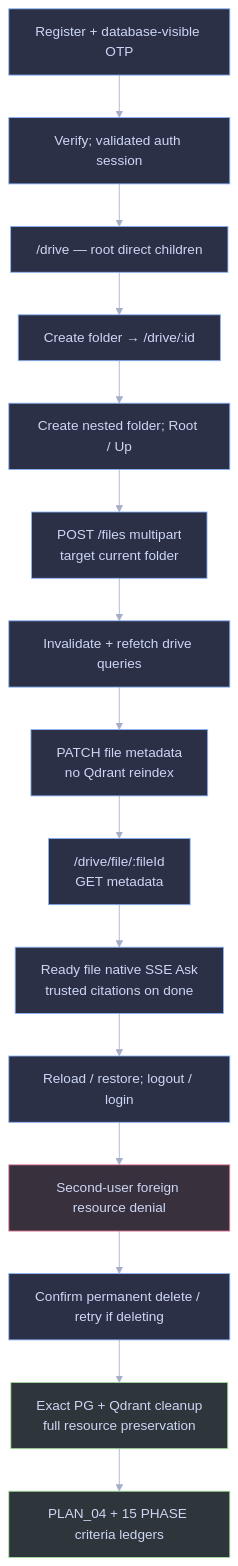
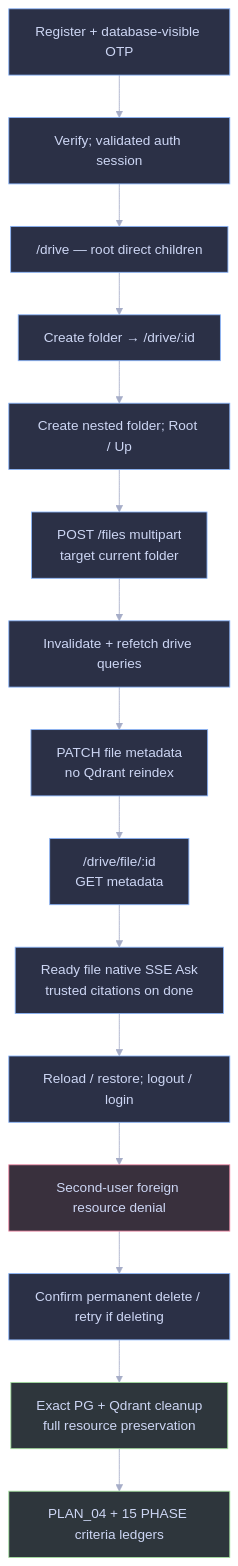
One commit to RyxnDmello/atlas changed the fifth of 5 diagrams in prompts/PHASE_02/PLAN_04/PHASE_02_PLAN_04.md. Above: the diagram before and after it, drawn with Mermaid. The commit also changed other lines of this file and 35 other files, not shown here.

````diff
--- a/prompts/PHASE_02/PLAN_04/PHASE_02_PLAN_04.md
+++ b/prompts/PHASE_02/PLAN_04/PHASE_02_PLAN_04.md
@@ -655,28 +666,28 @@
 ```mermaid
 %%{init: {'theme': 'base', 'themeVariables': {'background': '#1e1e2e', 'primaryColor': '#45475a', 'primaryTextColor': '#cdd6f4', 'primaryBorderColor': '#89b4fa', 'lineColor': '#a6adc8', 'secondaryColor': '#313244', 'tertiaryColor': '#181825', 'fontFamily': 'Inter, sans-serif'}}}%%
 flowchart TD
     Register["Register + database-visible OTP"] --> Verify["Verify; validated auth session"]
     Verify --> Drive["/drive — root direct children"]
     Drive --> Folder["Create folder → /drive/:id"]
     Folder --> Nested["Create nested folder; Root / Up"]
     Nested --> Upload["POST /files multipart<br/>target current folder"]
     Upload --> Refresh["Invalidate + refetch drive queries"]
     Refresh --> Edit["PATCH file metadata<br/>no Qdrant reindex"]
-    Edit --> Detail["/drive/file/:fileId<br/>GET metadata"]
+    Edit --> Detail["/drive/file/:id<br/>GET metadata"]
     Detail --> Ask["Ready file native SSE Ask<br/>trusted citations on done"]
     Ask --> Session["Reload / restore; logout / login"]
     Session --> Foreign["Second-user foreign resource denial"]
     Foreign --> Delete["Confirm permanent delete / retry if deleting"]
     Delete --> Preserve["Exact PG + Qdrant cleanup<br/>full resource preservation"]
     Preserve --> Ledger["PLAN_04 + 15 PHASE criteria ledgers"]
     class Register,Verify,Drive,Folder,Nested,Upload,Refresh,Edit,Detail,Ask,Session,Delete client;
     class Foreign denied;
     class Preserve,Ledger verified;
     classDef client fill:#2b3046,stroke:#89b4fa,stroke-width:1px,color:#cdd6f4;
     classDef service fill:#2c3642,stroke:#94e2d5,stroke-width:1px,color:#cdd6f4;
     classDef storage fill:#332e46,stroke:#a6adc8,stroke-width:1px,color:#cdd6f4;
     classDef verified fill:#2e363c,stroke:#a6e3a1,stroke-width:1px,color:#cdd6f4;
     classDef planned fill:#30323f,stroke:#b4befe,stroke-width:1px,color:#cdd6f4;
     classDef caution fill:#38362e,stroke:#f9e2af,stroke-width:1px,color:#cdd6f4;
     classDef denied fill:#39303d,stroke:#f38ba8,stroke-width:1px,color:#cdd6f4;
 ```
````
